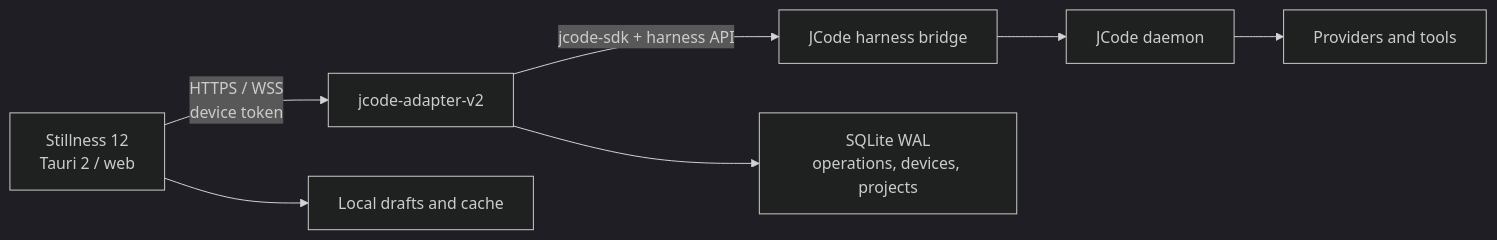
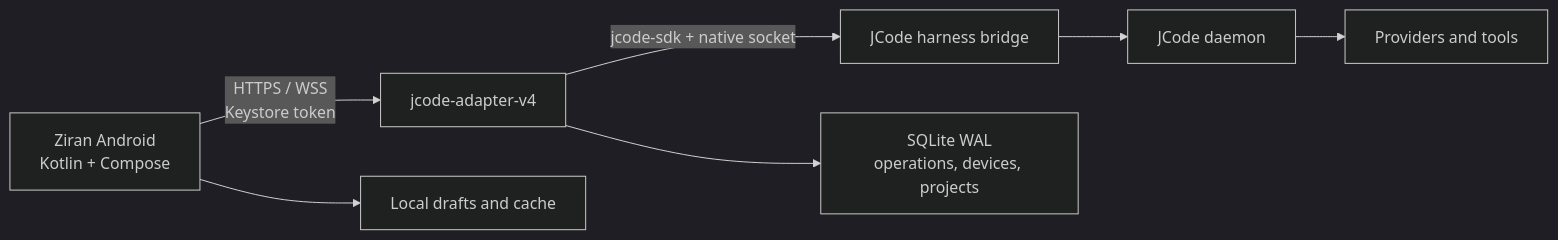
The diagram in docs/DEVELOPMENT.md (ddawnlll/jcode-mobile), drawn with Mermaid (dark theme) before and after one commit. The commit also changed other lines of this file and 234 other files, not shown here.

````diff
--- a/docs/DEVELOPMENT.md
+++ b/docs/DEVELOPMENT.md
@@ -85,9 +80,9 @@
 ```mermaid
 flowchart LR
-  P["Stillness 12<br/>Tauri 2 / web"] -->|"HTTPS / WSS<br/>device token"| A["jcode-adapter-v2"]
-  A -->|"jcode-sdk + harness API"| H["JCode harness bridge"]
+  P["Ziran Android<br/>Kotlin + Compose"] -->|"HTTPS / WSS<br/>Keystore token"| A["jcode-adapter-v4"]
+  A -->|"jcode-sdk + native socket"| H["JCode harness bridge"]
   H --> D["JCode daemon"]
   D --> M["Providers and tools"]
   A --> J["SQLite WAL<br/>operations, devices, projects"]
   P --> C["Local drafts and cache"]
 ```
````
